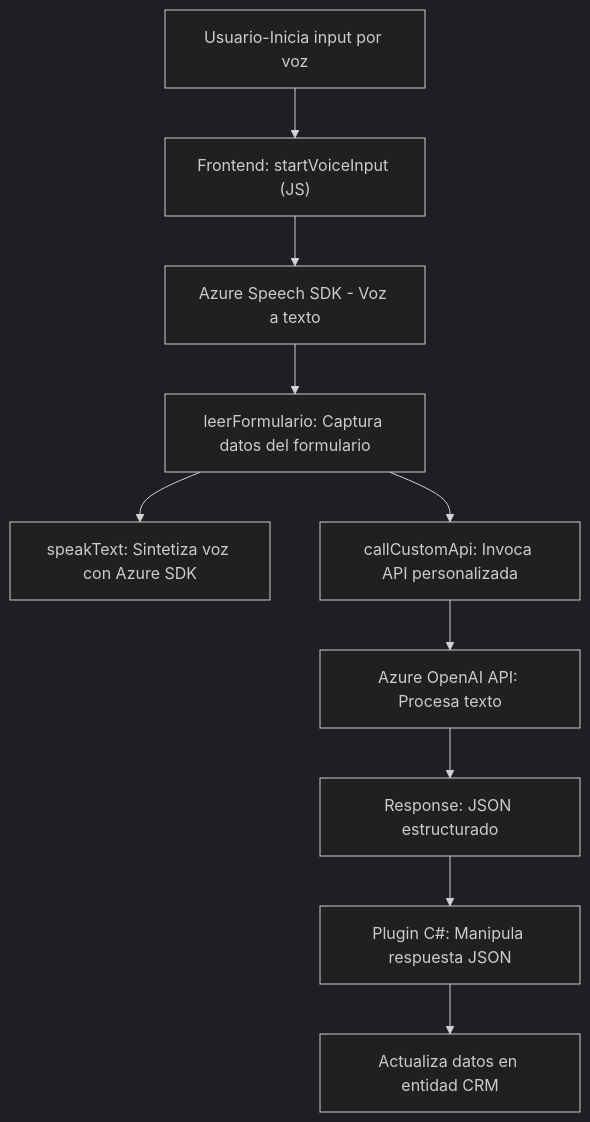
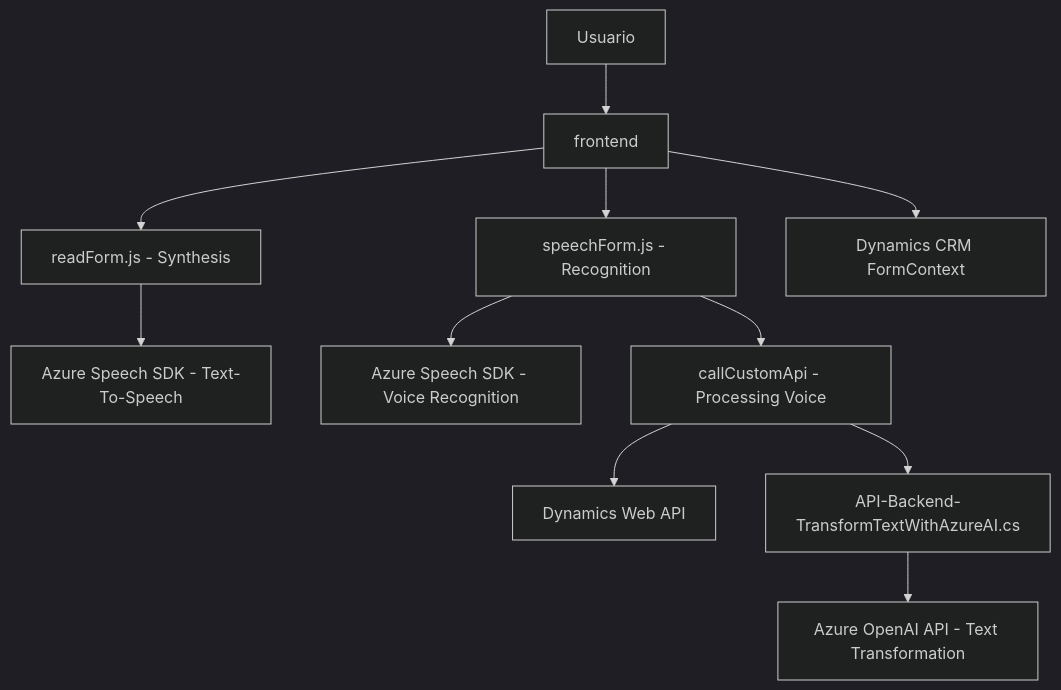
Before and after one commit to blopezdm/NETCORE_BILBAO2025: the diagram in README.md, drawn with Mermaid (dark theme). The commit also changed other lines of this file, not shown here.

Commit message:
Actualizar análisis global de la solución con IA

````diff
--- a/README.md
+++ b/README.md
@@ -36,12 +58,13 @@
 ```mermaid
 graph TD
-    A["Usuario-Inicia input por voz"] --> B["Frontend: startVoiceInput (JS)"]
-    B["Frontend: startVoiceInput (JS)"] --> C["Azure Speech SDK - Voz a texto"]
-    C["Azure Speech SDK - Voz a texto"] --> D["leerFormulario: Captura datos del formulario"]
-    D --> E["speakText: Sintetiza voz con Azure SDK"]
-    D --> F["callCustomApi: Invoca API personalizada"]
-    F --> G["Azure OpenAI API: Procesa texto"]
-    G --> H["Response: JSON estructurado"]
-    H --> I["Plugin C#: Manipula respuesta JSON"]
-    I --> J["Actualiza datos en entidad CRM"]
+A["Usuario"] --> B["frontend"]
+B --> C["readForm.js - Synthesis"]
+B --> E["speechForm.js - Recognition"]
+C --> F["Azure Speech SDK - Text-To-Speech"]
+E --> G["Azure Speech SDK - Voice Recognition"]
+E --> H["callCustomApi - Processing Voice"]
+H --> I["Dynamics Web API"]
+H --> J["API-Backend-TransformTextWithAzureAI.cs"]
+J --> K["Azure OpenAI API - Text Transformation"]
+B --> L["Dynamics CRM FormContext"]
 ```
````
